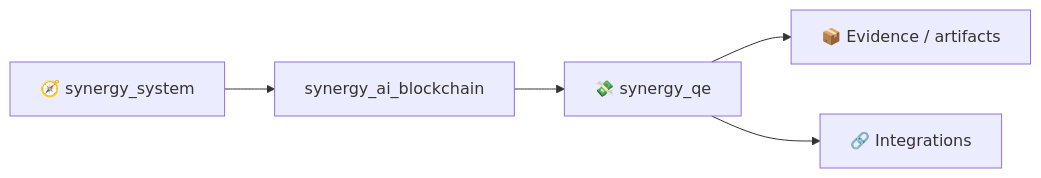
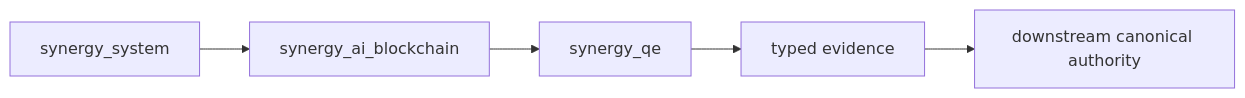
The second of 2 diagrams in README.md (Shtenco/synergy_qe), drawn with Mermaid before and after one commit. The commit also changed other lines of this file, not shown here.

````diff
--- a/README.md
+++ b/README.md
@@ -20,7 +140,7 @@
 ```mermaid
 flowchart LR
-    SYS[🧭 synergy_system] --> P[synergy_ai_blockchain]
-    P --> THIS[💸 synergy_qe]
-    THIS --> E[📦 Evidence / artifacts]
-    THIS --> I[🔗 Integrations]
+    SYS[synergy_system] --> P[synergy_ai_blockchain]
+    P --> THIS[synergy_qe]
+    THIS --> E[typed evidence]
+    E --> NEXT[downstream canonical authority]
 ```
````
